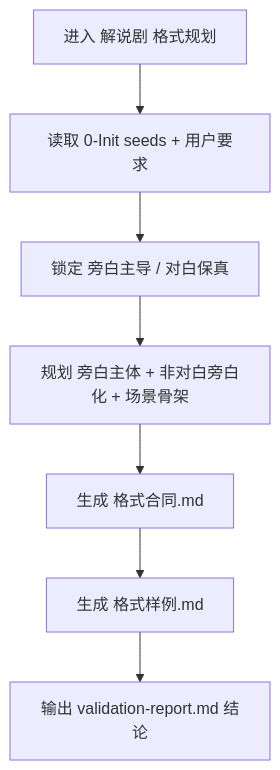
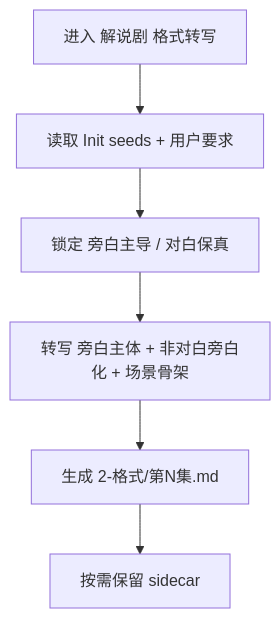
The first of 2 diagrams in .agents/skills/aigc/1-规划/subtypes/2-格式/subtypes/解说剧/SKILL.md (ZEN-VOID/AI-CUT), drawn with Mermaid before and after one commit. The commit also changed other lines of this file and 54 other files, not shown here.

````diff
--- a/.agents/skills/aigc/1-规划/subtypes/2-格式/subtypes/解说剧/SKILL.md
+++ b/.agents/skills/aigc/1-规划/subtypes/2-格式/subtypes/解说剧/SKILL.md
@@ -56,9 +56,8 @@
 ```mermaid
 flowchart TD
-    A["进入 解说剧 格式规划"] --> B["读取 0-Init seeds + 用户要求"]
+    A["进入 解说剧 格式转写"] --> B["读取 Init seeds + 用户要求"]
     B --> C["锁定 旁白主导 / 对白保真"]
-    C --> D["规划 旁白主体 + 非对白旁白化 + 场景骨架"]
-    D --> E["生成 格式合同.md"]
-    E --> F["生成 格式样例.md"]
-    F --> G["输出 validation-report.md 结论"]
+    C --> D["转写 旁白主体 + 非对白旁白化 + 场景骨架"]
+    D --> E["生成 2-格式/第N集.md"]
+    E --> F["按需保留 sidecar"]
 ```
````
